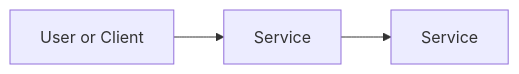
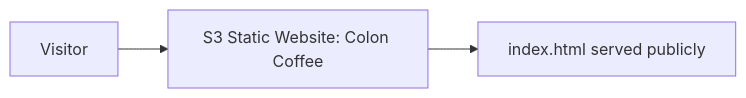
One commit to Smusoni/aws-cloud-practitioner-portfolio changed the diagram in projects/03-s3-coffee-landing-page/README.md. Above: the diagram before and after it, drawn with Mermaid. The commit also changed other lines of this file, not shown here.

````diff
--- a/projects/03-s3-coffee-landing-page/README.md
+++ b/projects/03-s3-coffee-landing-page/README.md
@@ -13,5 +22,5 @@
 ```mermaid
 flowchart LR
-  User[User or Client] --> A[Service]
-  A --> B[Service]
+  Visitor[Visitor] --> S3[S3 Static Website: Colon Coffee]
+  S3 --> Page[index.html served publicly]
 ```
````
